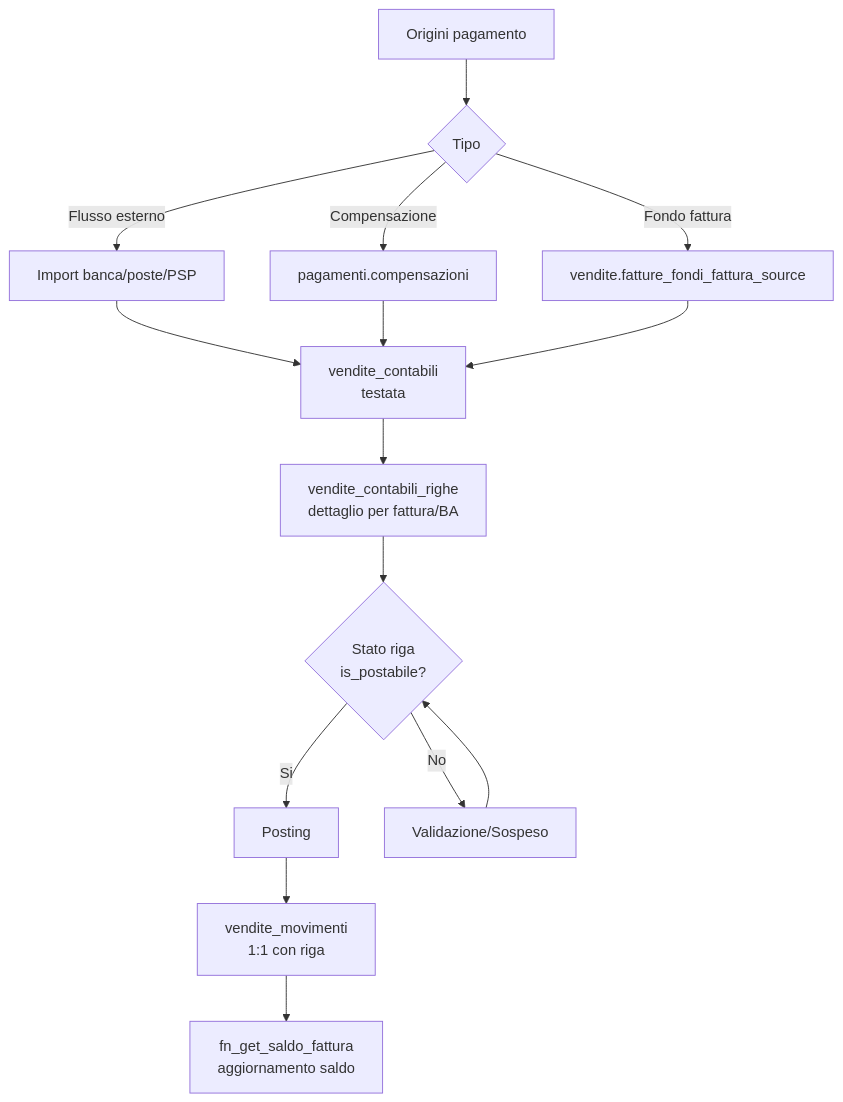
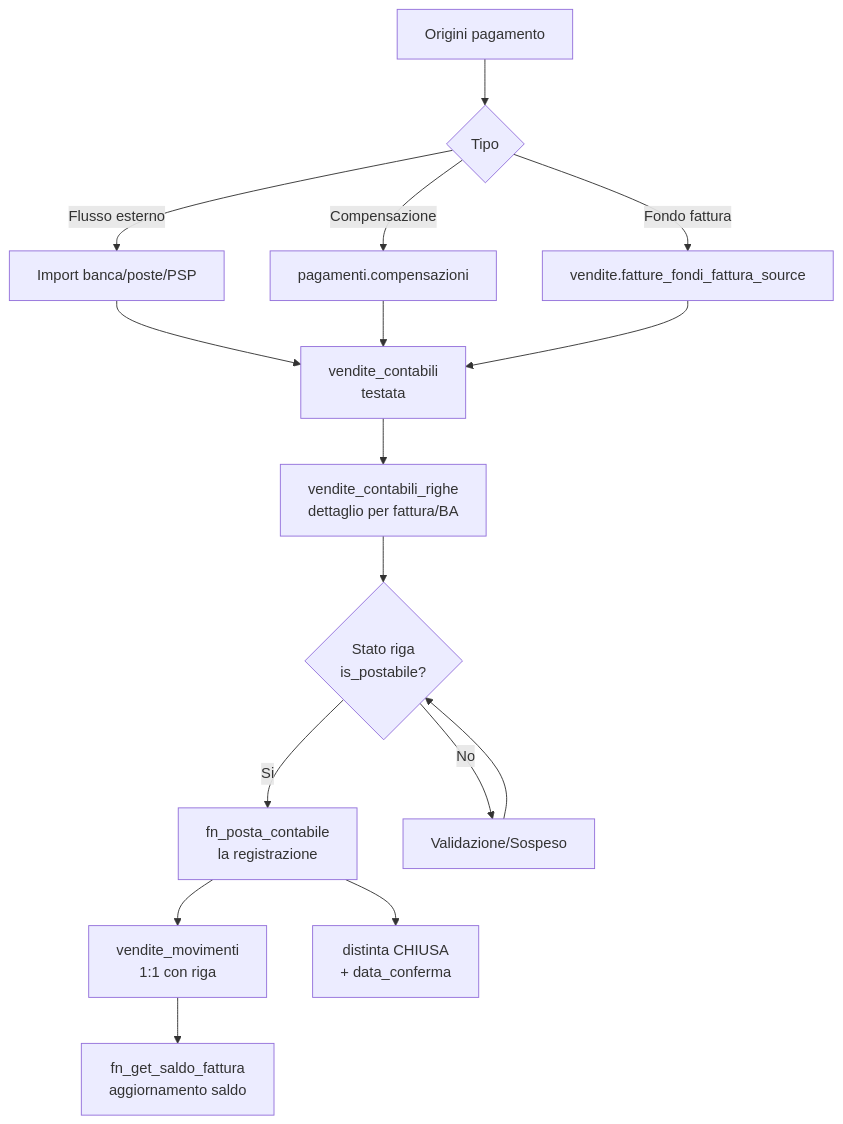
Before and after one commit to Tito-it/ZeroErp: the first of 3 diagrams in docs/it/guide/gestione-dei-pagamenti.md, drawn with Mermaid. The commit also changed other lines of this file and 46 other files, not shown here.

````diff
--- a/docs/it/guide/gestione-dei-pagamenti.md
+++ b/docs/it/guide/gestione-dei-pagamenti.md
@@ -749,17 +826,18 @@
 ```mermaid
 flowchart TD
   A[Origini pagamento] --> B{Tipo}
   B -->|Flusso esterno| C[Import banca/poste/PSP]
   B -->|Compensazione| D[pagamenti.compensazioni]
   B -->|Fondo fattura| E[vendite.fatture_fondi_fattura_source]
   C --> F[vendite_contabili<br/>testata]
   D --> F
   E --> F
   F --> G[vendite_contabili_righe<br/>dettaglio per fattura/BA]
   G --> H{Stato riga<br/>is_postabile?}
-  H -->|Si| I[Posting]
+  H -->|Si| I[fn_posta_contabile<br/>la registrazione]
   H -->|No| J[Validazione/Sospeso]
   J --> H
   I --> K[vendite_movimenti<br/>1:1 con riga]
+  I --> M[distinta CHIUSA<br/>+ data_conferma]
   K --> L[fn_get_saldo_fattura<br/>aggiornamento saldo]
 ```
````
